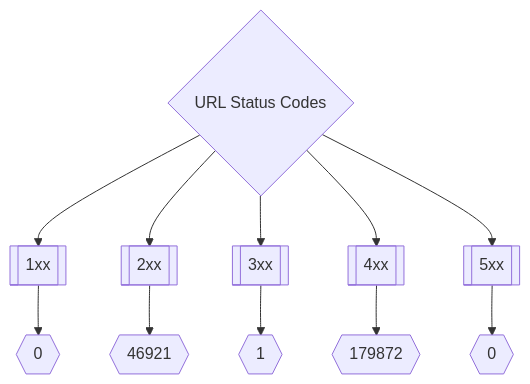
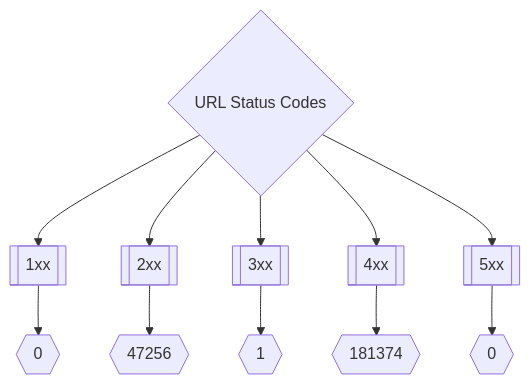
The second of 3 diagrams in README.md (trickest/inventory), drawn with Mermaid before and after one commit. The commit also changed other lines of this file and 200 other files, not shown here.

````diff
--- a/README.md
+++ b/README.md
@@ -173,8 +173,8 @@
 ```mermaid
 graph TD
 title{URL Status Codes} --> 1xx[[1xx]] --> status1xxNum{{0}}
-title --> 2xx[[2xx]] --> status2xxNum{{46921}}
+title --> 2xx[[2xx]] --> status2xxNum{{47256}}
 title --> 3xx[[3xx]] --> status3xxNum{{1}}
-title --> 4xx[[4xx]] --> status4xxNum{{179872}}
+title --> 4xx[[4xx]] --> status4xxNum{{181374}}
 title --> 5xx[[5xx]] --> status5xxNum{{0}}
 ```
````
